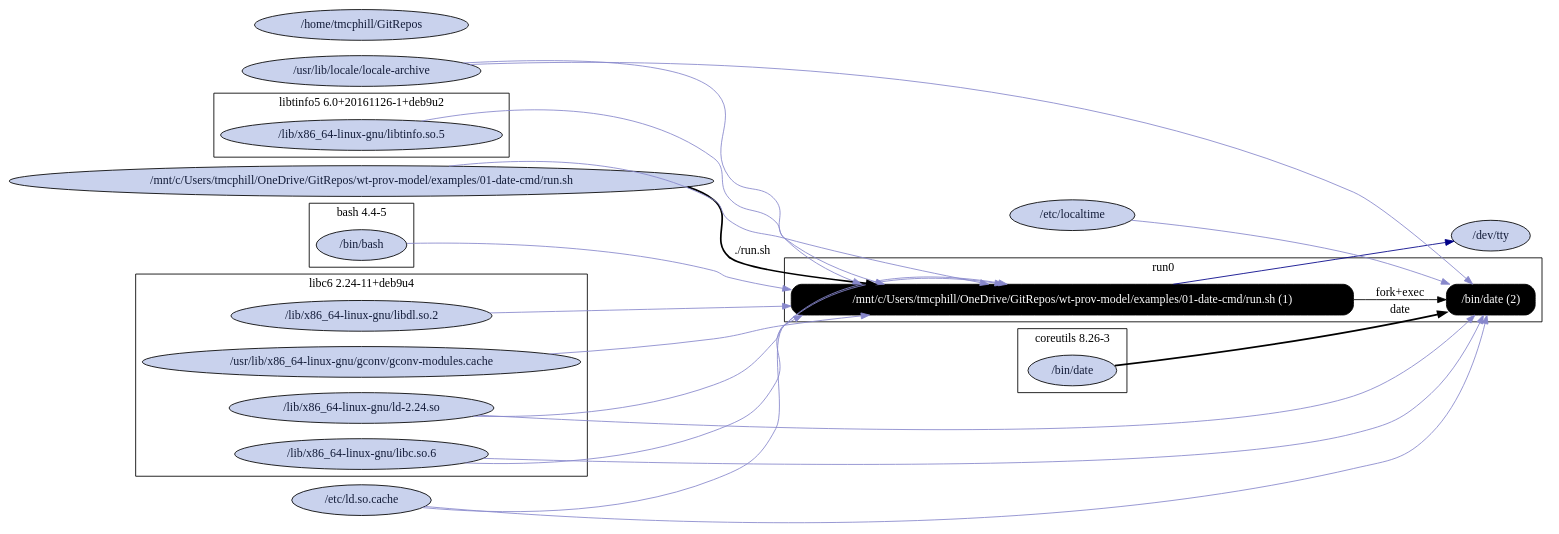
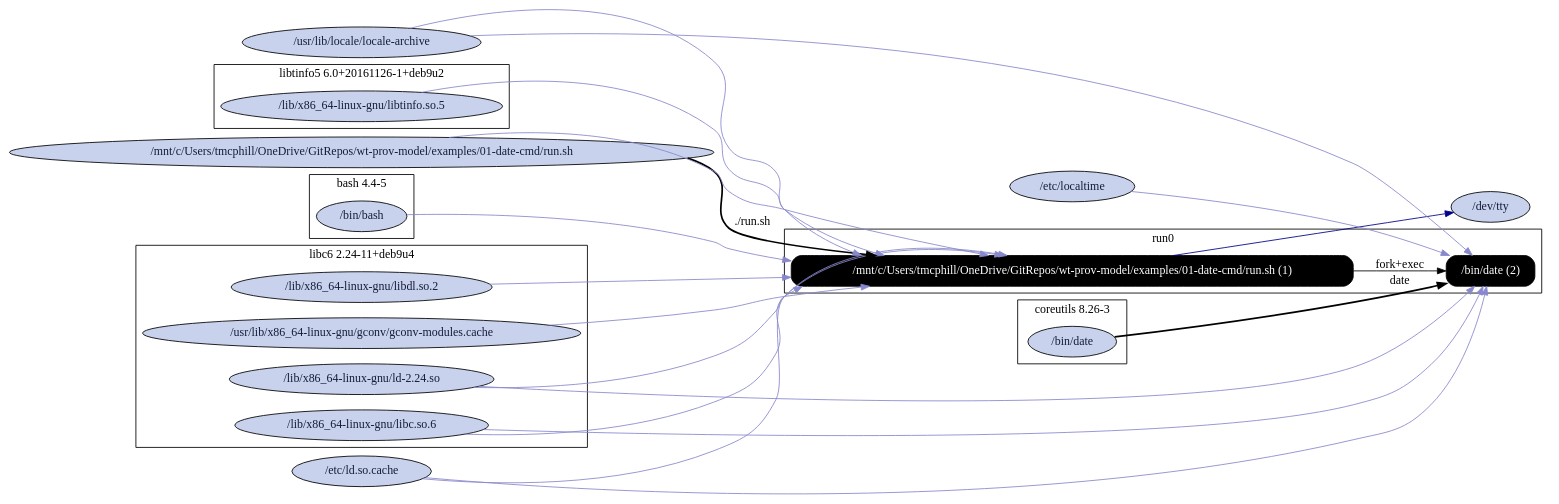
The diagram in examples/01-date-cmd/graphs/rpz_graph.dot (CIRSS/cpr), drawn with Graphviz before and after one commit. The commit also changed 20 other files, not shown here.

```diff
--- a/examples/01-date-cmd/graphs/rpz_graph.dot
+++ b/examples/01-date-cmd/graphs/rpz_graph.dot
@@ -1,61 +1,60 @@
 digraph G {
     rankdir=LR;
 
     /* programs */
     node [shape=box fontcolor=white fillcolor=black style="filled,rounded"];
     subgraph cluster_run0 {
         label="run0";
         prog0 [label="/mnt/c/Users/tmcphill/OneDrive/GitRepos/wt-prov-model/examples/01-date-cmd/run.sh (1)"];
         prog1 [label="/bin/date (2)"];
         prog0 -> prog1 [label="fork+exec"];
     }
 
     node [shape=ellipse fontcolor="#131C39" fillcolor="#C9D2ED"];
 
     /* system packages */
     subgraph cluster_pkg0 {
         label="bash 4.4-5";
         "/bin/bash";
     }
     subgraph cluster_pkg1 {
         label="coreutils 8.26-3";
         "/bin/date";
     }
     subgraph cluster_pkg2 {
         label="libc6 2.24-11+deb9u4";
         "/lib/x86_64-linux-gnu/ld-2.24.so";
         "/lib/x86_64-linux-gnu/libc.so.6";
         "/lib/x86_64-linux-gnu/libdl.so.2";
         "/usr/lib/x86_64-linux-gnu/gconv/gconv-modules.cache";
     }
     subgraph cluster_pkg3 {
         label="libtinfo5 6.0+20161126-1+deb9u2";
         "/lib/x86_64-linux-gnu/libtinfo.so.5";
     }
 
     /* other files */
     "/dev/tty";
     "/etc/ld.so.cache";
     "/etc/localtime";
-    "/home/tmcphill/GitRepos";
     "/mnt/c/Users/tmcphill/OneDrive/GitRepos/wt-prov-model/examples/01-date-cmd/run.sh";
     "/usr/lib/locale/locale-archive";
 
     "/mnt/c/Users/tmcphill/OneDrive/GitRepos/wt-prov-model/examples/01-date-cmd/run.sh" -> prog0 [style=bold, label="./run.sh"];
     "/bin/bash" -> prog0 [color="#8888CC"];
     "/lib/x86_64-linux-gnu/ld-2.24.so" -> prog0 [color="#8888CC"];
     "/etc/ld.so.cache" -> prog0 [color="#8888CC"];
     "/lib/x86_64-linux-gnu/libtinfo.so.5" -> prog0 [color="#8888CC"];
     "/lib/x86_64-linux-gnu/libdl.so.2" -> prog0 [color="#8888CC"];
     "/lib/x86_64-linux-gnu/libc.so.6" -> prog0 [color="#8888CC"];
     prog0 -> "/dev/tty" [color="#000088"];
     "/usr/lib/locale/locale-archive" -> prog0 [color="#8888CC"];
     "/usr/lib/x86_64-linux-gnu/gconv/gconv-modules.cache" -> prog0 [color="#8888CC"];
     "/mnt/c/Users/tmcphill/OneDrive/GitRepos/wt-prov-model/examples/01-date-cmd/run.sh" -> prog0 [color="#8888CC"];
     "/bin/date" -> prog1 [style=bold, label="date"];
     "/lib/x86_64-linux-gnu/ld-2.24.so" -> prog1 [color="#8888CC"];
     "/etc/ld.so.cache" -> prog1 [color="#8888CC"];
     "/lib/x86_64-linux-gnu/libc.so.6" -> prog1 [color="#8888CC"];
     "/usr/lib/locale/locale-archive" -> prog1 [color="#8888CC"];
     "/etc/localtime" -> prog1 [color="#8888CC"];
 }
```
